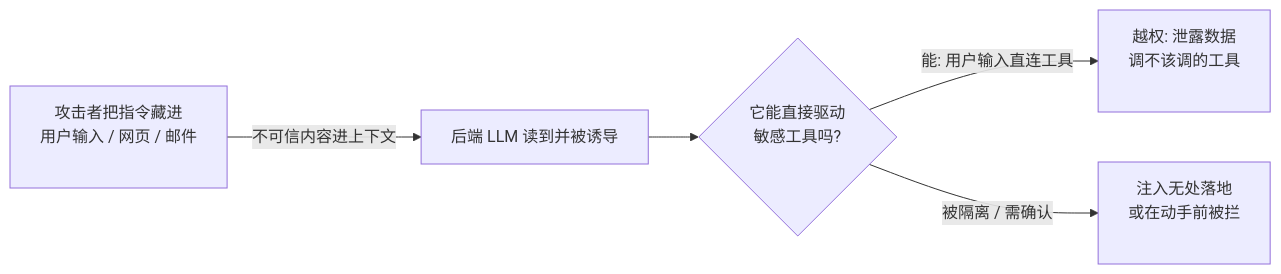
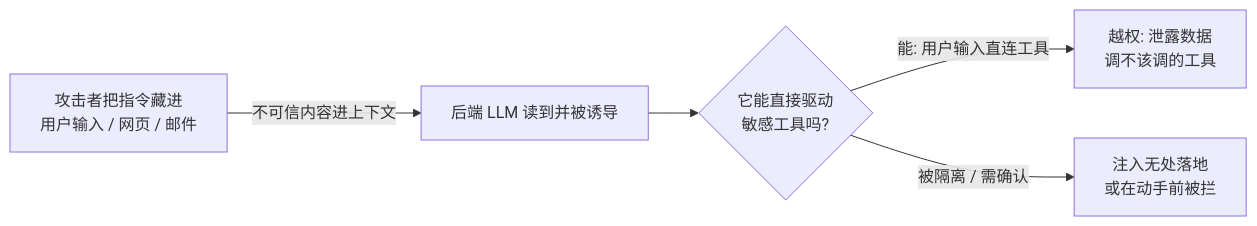
One commit to XuebinMa/AIWiki changed the diagram in docs/07-acceptance-release/prompt-injection-release.mdx. Above: the diagram before and after it, drawn with Mermaid. The commit also changed 99 other files, not shown here.

First line of the commit message:
fix(mermaid): 全局根治节点文字裁切（htmlLabels:false + 清理 br/nbsp 占位）(#26)

````diff
--- a/docs/07-acceptance-release/prompt-injection-release.mdx
+++ b/docs/07-acceptance-release/prompt-injection-release.mdx
@@ -42,7 +42,7 @@
 ```mermaid
 flowchart LR
-    A[攻击者把指令藏进<br/>用户输入 / 网页 / 邮件<br/>&nbsp;] -->|不可信内容进上下文| B[后端 LLM 读到并被诱导]
-    B --> C{它能直接驱动<br/>敏感工具吗?<br/>&nbsp;}
-    C -->|能: 用户输入直连工具| D[越权: 泄露数据<br/>调不该调的工具<br/>&nbsp;]
-    C -->|被隔离 / 需确认| E[注入无处落地<br/>或在动手前被拦<br/>&nbsp;]
+    A[攻击者把指令藏进<br/>用户输入 / 网页 / 邮件] -->|不可信内容进上下文| B[后端 LLM 读到并被诱导]
+    B --> C{它能直接驱动<br/>敏感工具吗?}
+    C -->|能: 用户输入直连工具| D[越权: 泄露数据<br/>调不该调的工具]
+    C -->|被隔离 / 需确认| E[注入无处落地<br/>或在动手前被拦]
 ```
````
